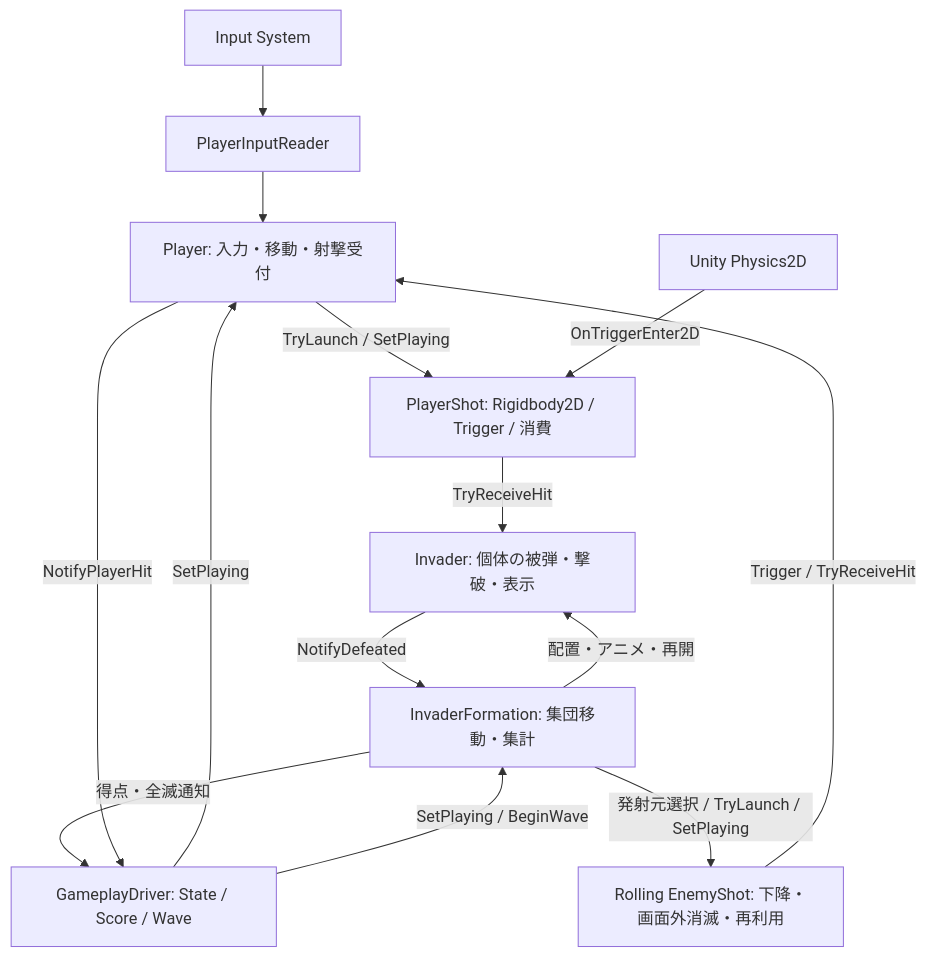
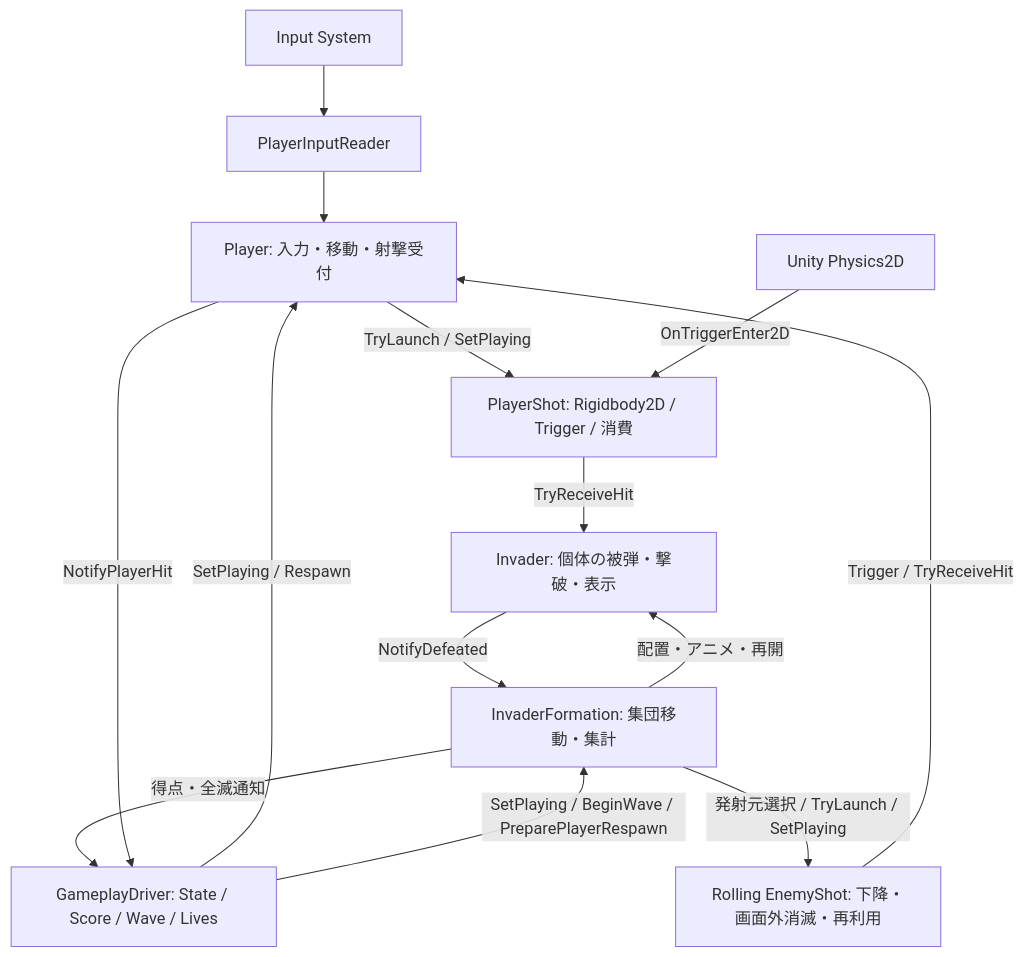
The diagram in docs/ARCHITECTURE.md (urahimono/Unity_Invader), drawn with Mermaid before and after one commit. The commit also changed other lines of this file and 12 other files, not shown here.

````diff
--- a/docs/ARCHITECTURE.md
+++ b/docs/ARCHITECTURE.md
@@ -21,16 +21,16 @@
 ```mermaid
 flowchart TD
     Input[Input System] --> Reader[PlayerInputReader]
     Reader --> Player[Player: 入力・移動・射撃受付]
-    Driver[GameplayDriver: State / Score / Wave] -->|SetPlaying| Player
-    Driver -->|SetPlaying / BeginWave| Formation[InvaderFormation: 集団移動・集計]
+    Driver[GameplayDriver: State / Score / Wave / Lives] -->|SetPlaying / Respawn| Player
+    Driver -->|SetPlaying / BeginWave / PreparePlayerRespawn| Formation[InvaderFormation: 集団移動・集計]
     Player -->|TryLaunch / SetPlaying| Shot[PlayerShot: Rigidbody2D / Trigger / 消費]
     Physics[Unity Physics2D] -->|OnTriggerEnter2D| Shot
     Shot -->|TryReceiveHit| Invader[Invader: 個体の被弾・撃破・表示]
     Invader -->|NotifyDefeated| Formation
     Formation -->|得点・全滅通知| Driver
     Formation -->|配置・アニメ・再開| Invader
     Formation -->|発射元選択 / TryLaunch / SetPlaying| EnemyShot[Rolling EnemyShot: 下降・画面外消滅・再利用]
     EnemyShot -->|Trigger / TryReceiveHit| Player
     Player -->|NotifyPlayerHit| Driver
 ```
````
